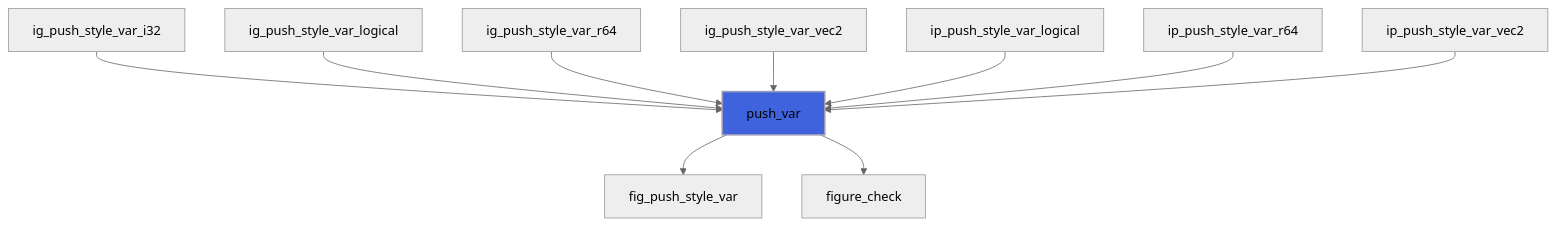
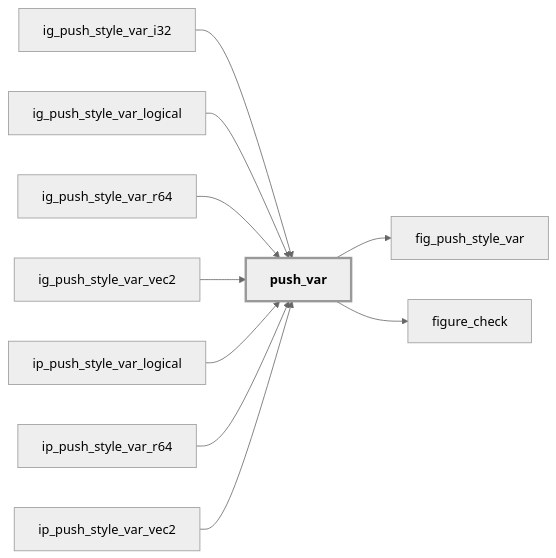
The fourth of 44 diagrams in docs/api/src/lib/figure_style.md (szaghi/figure), drawn with Mermaid (neutral theme) before and after one commit. The commit also changed other lines of this file and 54 other files, not shown here.

````diff
--- a/docs/api/src/lib/figure_style.md
+++ b/docs/api/src/lib/figure_style.md
@@ -229,13 +248,23 @@
 ```mermaid
-flowchart TD
+flowchart LR
   ig_push_style_var_i32["ig_push_style_var_i32"] --> push_var["push_var"]
   ig_push_style_var_logical["ig_push_style_var_logical"] --> push_var["push_var"]
   ig_push_style_var_r64["ig_push_style_var_r64"] --> push_var["push_var"]
   ig_push_style_var_vec2["ig_push_style_var_vec2"] --> push_var["push_var"]
   ip_push_style_var_logical["ip_push_style_var_logical"] --> push_var["push_var"]
   ip_push_style_var_r64["ip_push_style_var_r64"] --> push_var["push_var"]
   ip_push_style_var_vec2["ip_push_style_var_vec2"] --> push_var["push_var"]
   push_var["push_var"] --> fig_push_style_var["fig_push_style_var"]
   push_var["push_var"] --> figure_check["figure_check"]
-  style push_var fill:#3e63dd,stroke:#99b,stroke-width:2px
+  classDef focus stroke-width:3px,font-weight:bold
+  class push_var focus
+  click ig_push_style_var_i32 href "#ig-push-style-var-i32" "ig_push_style_var_i32"
+  click ig_push_style_var_logical href "#ig-push-style-var-logical" "ig_push_style_var_logical"
+  click ig_push_style_var_r64 href "#ig-push-style-var-r64" "ig_push_style_var_r64"
+  click ig_push_style_var_vec2 href "#ig-push-style-var-vec2" "ig_push_style_var_vec2"
+  click ip_push_style_var_logical href "#ip-push-style-var-logical" "ip_push_style_var_logical"
+  click ip_push_style_var_r64 href "#ip-push-style-var-r64" "ip_push_style_var_r64"
+  click ip_push_style_var_vec2 href "#ip-push-style-var-vec2" "ip_push_style_var_vec2"
+  click figure_check href "figure_base.html#figure-check" "figure_check"
+  click fig_push_style_var href "figure_c_native.html#fig-push-style-var" "fig_push_style_var"
 ```
````
